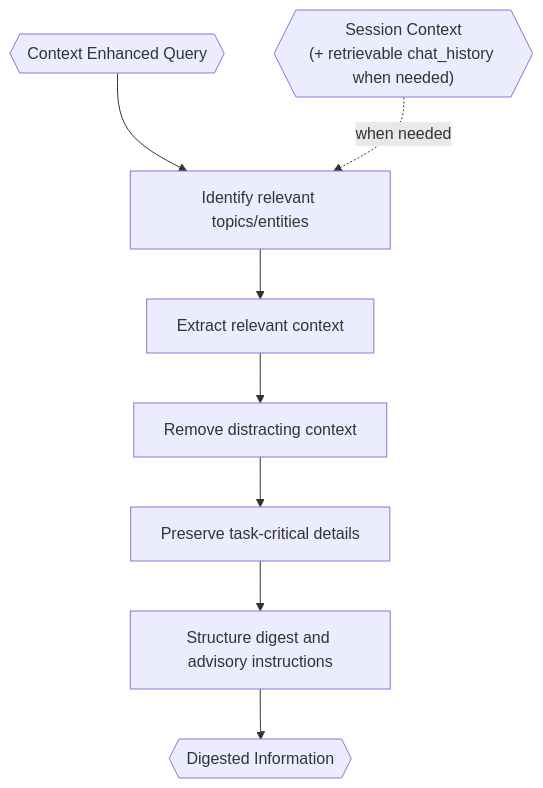
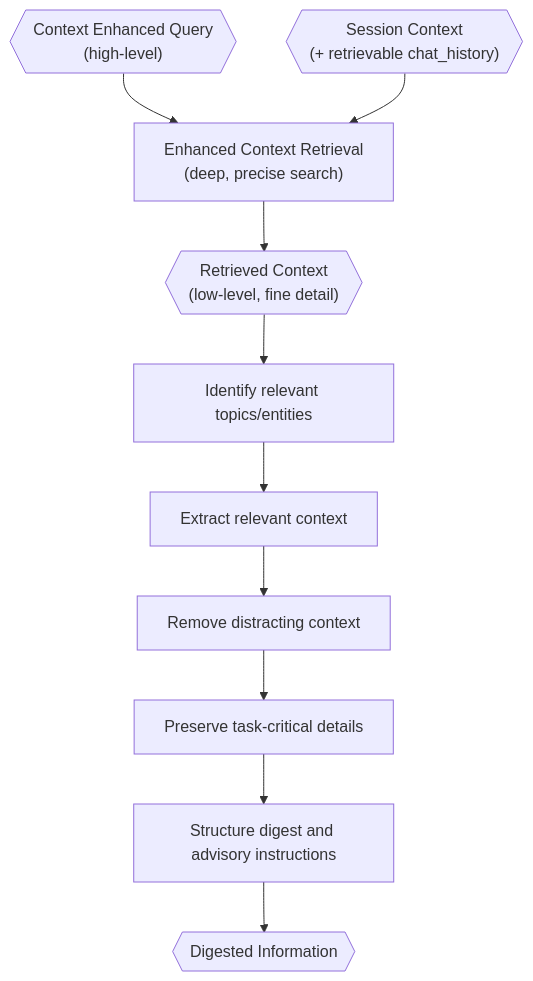
The diagram in src/tinycua/docs/architecture/information-digestion.md (VJyzCELERY/TINYCUA), drawn with Mermaid before and after one commit. The commit also changed other lines of this file and 7 other files, not shown here.

First line of the commit message:
refactor(docs): reassign Enhanced Context Retrieval from Query Analyst to Information Digester

````diff
--- a/src/tinycua/docs/architecture/information-digestion.md
+++ b/src/tinycua/docs/architecture/information-digestion.md
@@ -39,19 +43,23 @@
 ```mermaid
 flowchart TD
-    CEQ{{"Context Enhanced Query"}}
-    FSC{{"Session Context\n(+ retrievable chat_history when needed)"}}
+    CEQ{{"Context Enhanced Query\n(high-level)"}}
+    FSC{{"Session Context\n(+ retrievable chat_history)"}}
+    RETRIEVE["Enhanced Context Retrieval\n(deep, precise search)"]
+    RET_CTX{{"Retrieved Context\n(low-level, fine detail)"}}
     FOCUS["Identify relevant topics/entities"]
     EXTRACT["Extract relevant context"]
     FILTER["Remove distracting context"]
     PRESERVE["Preserve task-critical details"]
     STRUCTURE["Structure digest and advisory instructions"]
     DI{{"Digested Information"}}
 
-    CEQ --> FOCUS
-    FSC -. "when needed" .-> FOCUS
+    CEQ --> RETRIEVE
+    FSC --> RETRIEVE
+    RETRIEVE --> RET_CTX
+    RET_CTX --> FOCUS
     FOCUS --> EXTRACT
     EXTRACT --> FILTER
     FILTER --> PRESERVE
     PRESERVE --> STRUCTURE
     STRUCTURE --> DI
 ```
````
